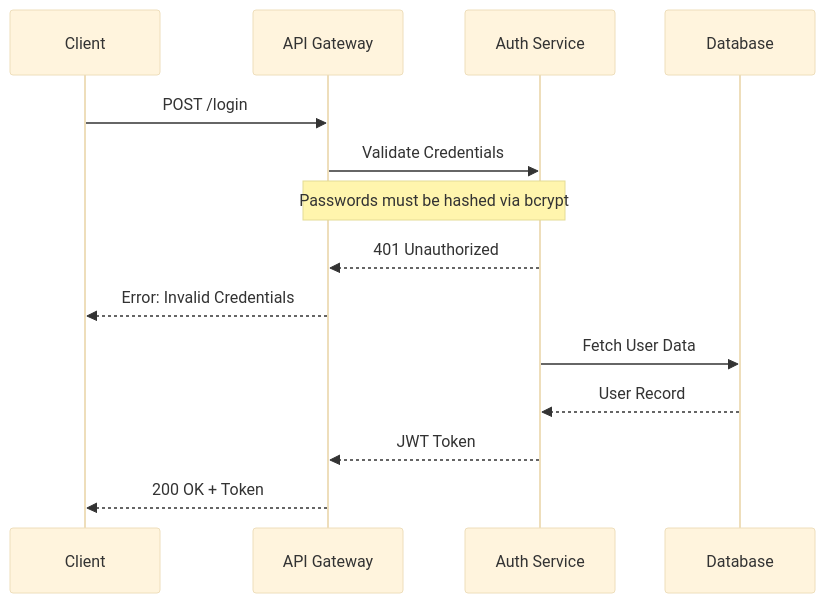
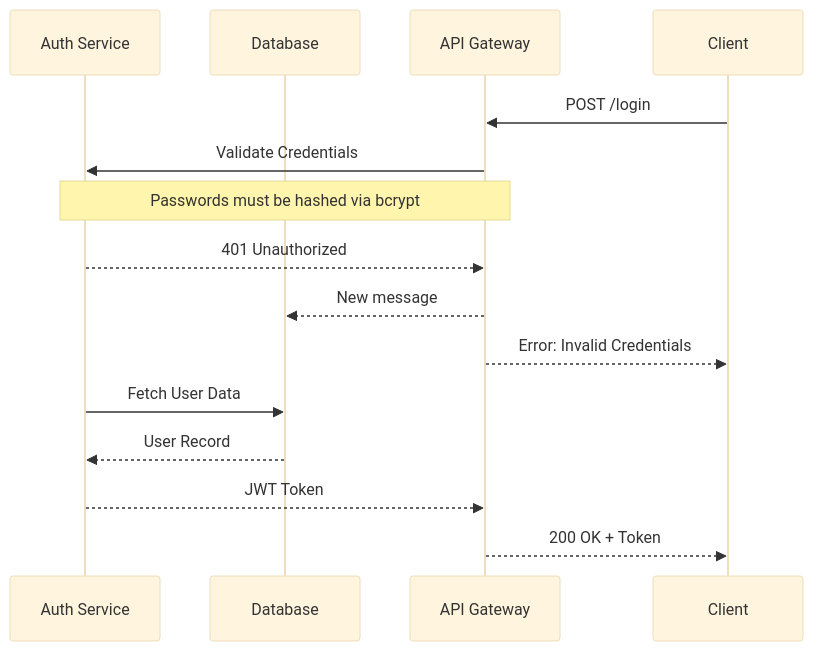
Before and after one commit to stanimirovv/foliant: the diagram in diagrams/main.mmd, drawn with Mermaid (base theme). The commit also changed 8 other files, not shown here.

```diff
--- a/diagrams/main.mmd
+++ b/diagrams/main.mmd
@@ -1,25 +1,26 @@
 %% CONFIG: {"version":1,"views":[{"name":"Happy Path","hiddenPaths":["flow=login/edge-case=invalid-password","flow=login/note"]}],"actors":{"Auth":{"color":"red","keys":["backend"]},"DB":{"color":"red","keys":["backend","database"]},"API":{"color":"blue","keys":["backend","gateway"]}}}
 sequenceDiagram
-    participant C as Client
-    participant API as API Gateway
     participant Auth as Auth Service
     participant DB as Database
+    participant API as API Gateway
+    participant C as Client
 
     %% @region-start: flow=login
     C->>API: POST /login
     API->>Auth: Validate Credentials
     
     %% @region-start: note
     Note over API,Auth: Passwords must be hashed via bcrypt
     %% @region-end
     
     %% @region-start: edge-case=invalid-password
     Auth-->>API: 401 Unauthorized
+    API-->>DB: New message
     API-->>C: Error: Invalid Credentials
     %% @region-end
     
     Auth->>DB: Fetch User Data
     DB-->>Auth: User Record
     Auth-->>API: JWT Token
     API-->>C: 200 OK + Token
     %% @region-end
```
